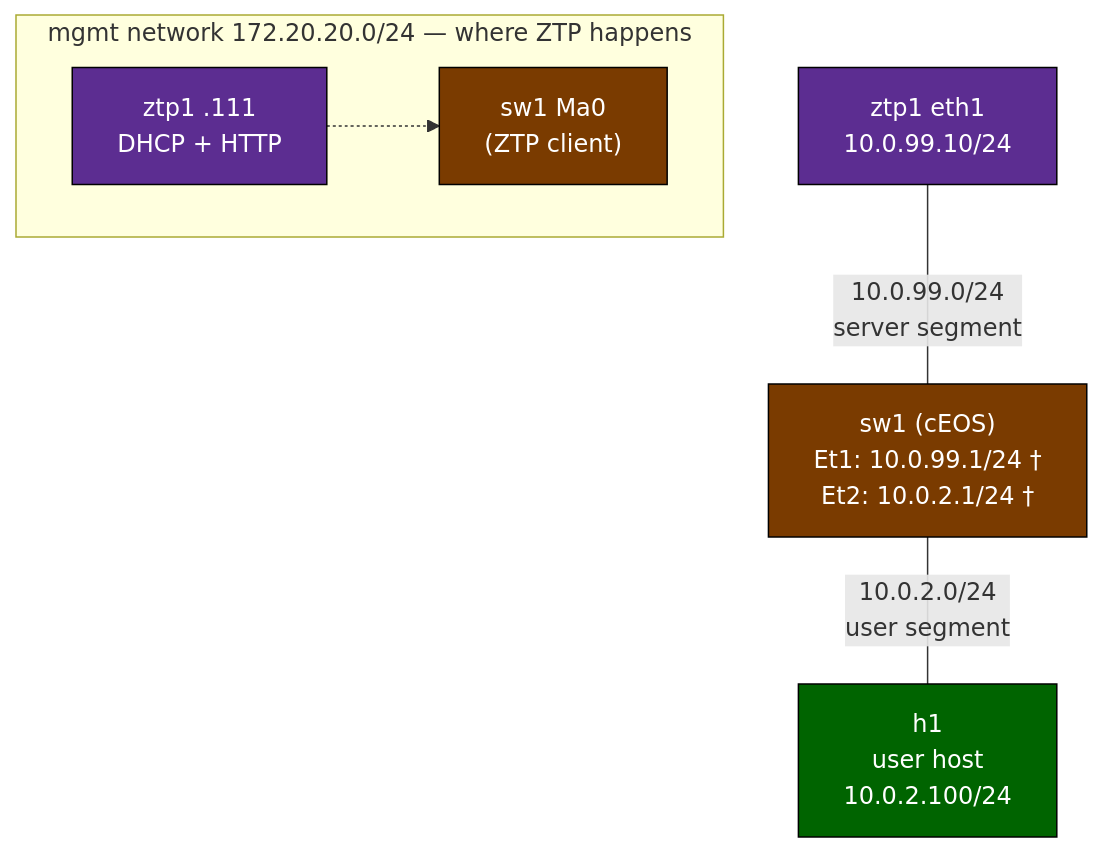
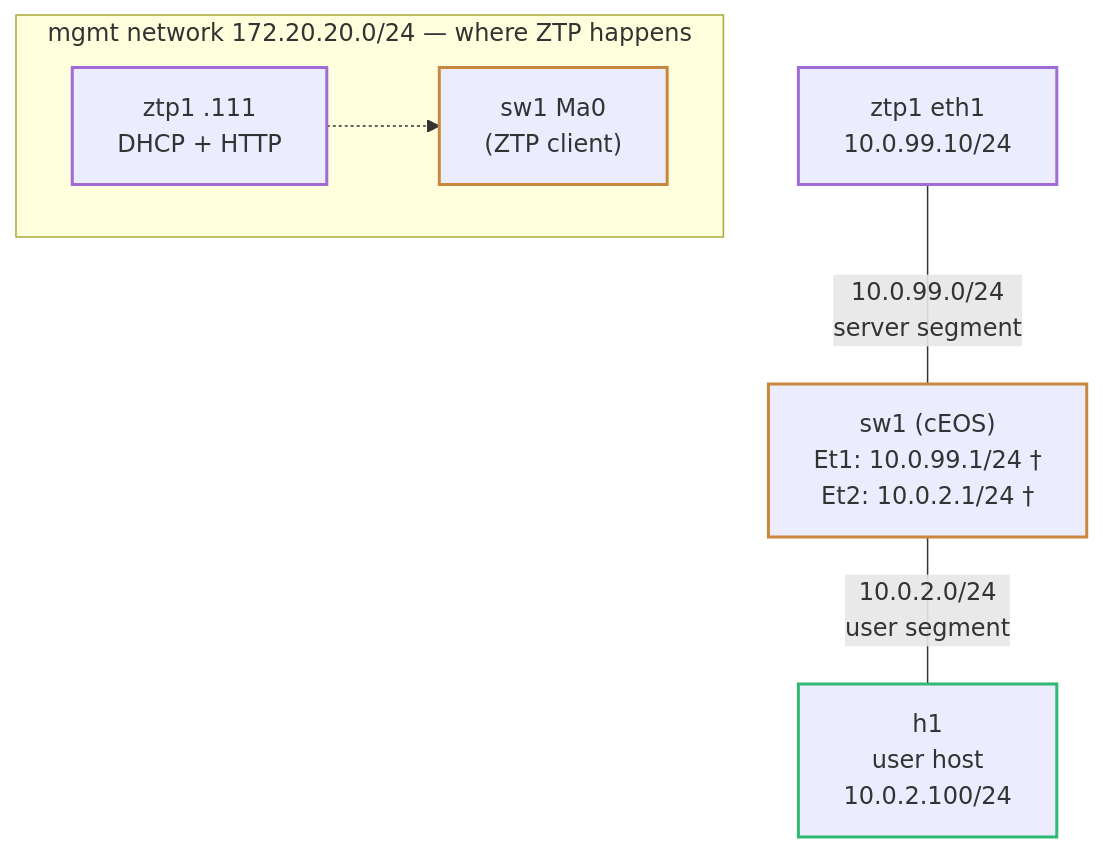
One commit to jschless/networkingLabs changed the diagram in labs/ztp-basics/README.md. Above: the diagram before and after it, drawn with Mermaid. The commit also changed 250 other files, not shown here.

Commit message:
Fix unreadable topology diagrams, convert ASCII art, publish assessments (#57)

````diff
--- a/labs/ztp-basics/README.md
+++ b/labs/ztp-basics/README.md
@@ -20,21 +20,21 @@
 ```mermaid
 flowchart TB
     subgraph mgmt ["mgmt network 172.20.20.0/24 — where ZTP happens"]
-      ztp1m["ztp1 .111\nDHCP + HTTP"]
-      sw1m["sw1 Ma0\n(ZTP client)"]
+      ztp1m["ztp1 .111<br/>DHCP + HTTP"]
+      sw1m["sw1 Ma0<br/>(ZTP client)"]
     end
-    ztp1["ztp1 eth1\n10.0.99.10/24"]
-    sw1["sw1 (cEOS)\nEt1: 10.0.99.1/24 †\nEt2: 10.0.2.1/24 †"]
-    h1["h1\nuser host\n10.0.2.100/24"]
+    ztp1["ztp1 eth1<br/>10.0.99.10/24"]
+    sw1["sw1 (cEOS)<br/>Et1: 10.0.99.1/24 †<br/>Et2: 10.0.2.1/24 †"]
+    h1["h1<br/>user host<br/>10.0.2.100/24"]
 
     ztp1m -.-> sw1m
-    ztp1 --- |"10.0.99.0/24\nserver segment"| sw1
-    sw1 --- |"10.0.2.0/24\nuser segment"| h1
+    ztp1 --- |"10.0.99.0/24<br/>server segment"| sw1
+    sw1 --- |"10.0.2.0/24<br/>user segment"| h1
 
-    classDef srv fill:#5c2d91,color:#fff,stroke:#000
-    classDef sw  fill:#7a3b00,color:#fff,stroke:#000
-    classDef hst fill:#006400,color:#fff,stroke:#000
+    classDef srv stroke:#a06bd6,stroke-width:2px
+    classDef sw stroke:#c8873c,stroke-width:2px
+    classDef hst stroke:#2eb872,stroke-width:2px
     class ztp1,ztp1m srv
     class sw1,sw1m sw
     class h1 hst
 ```
````
